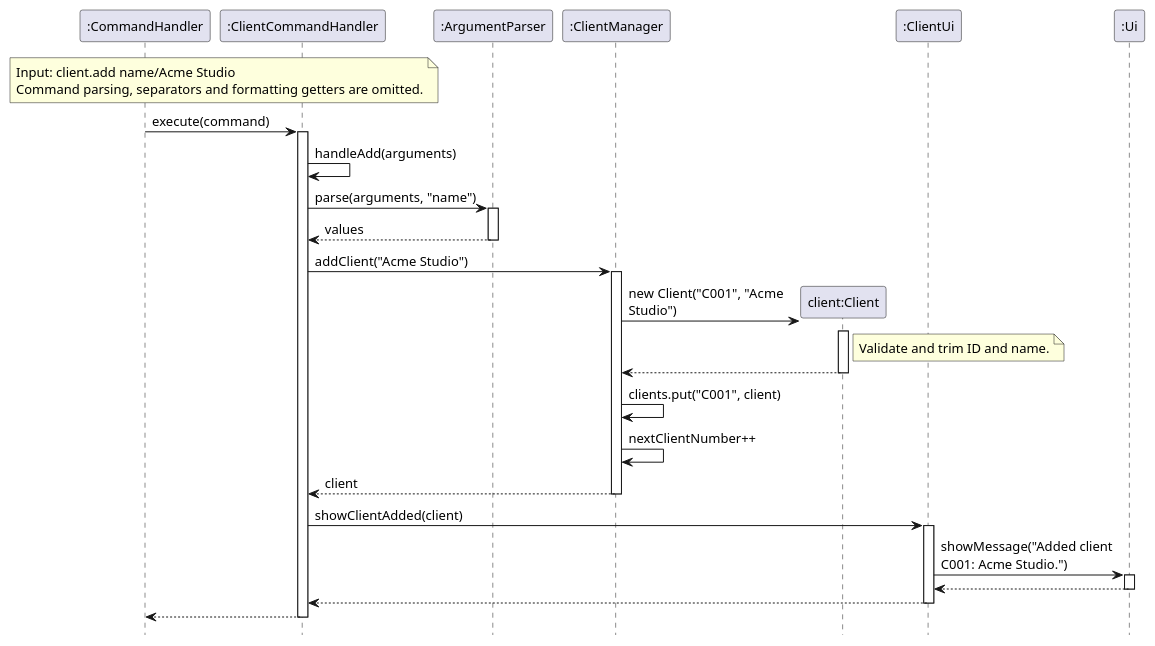
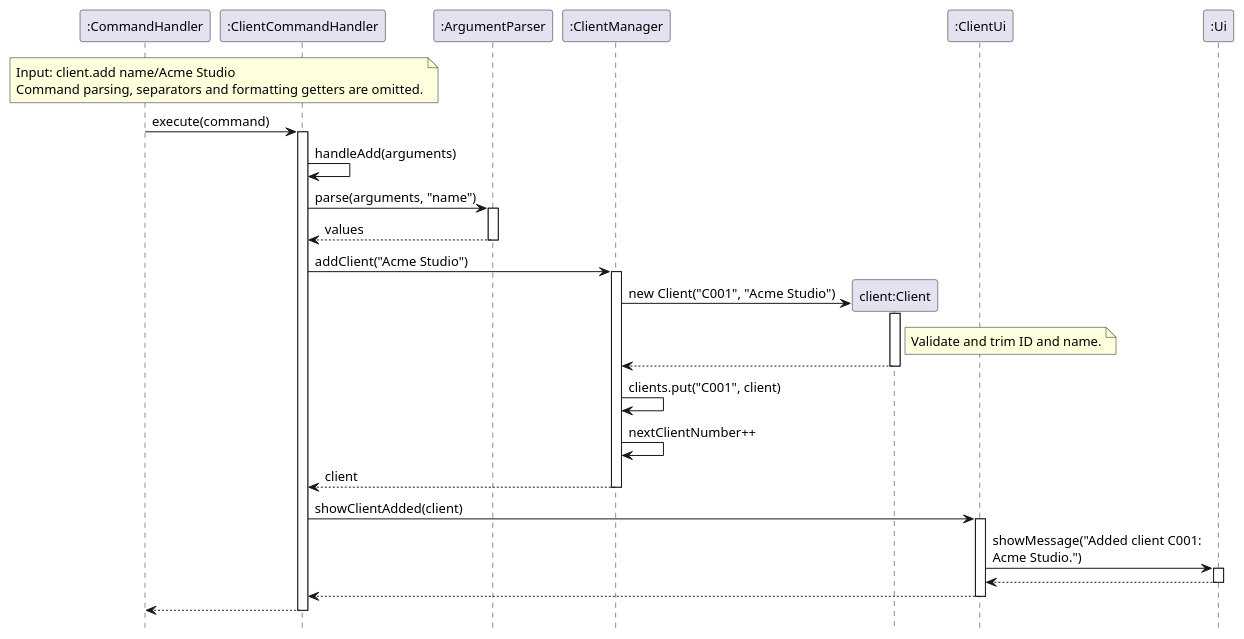
One commit to AY2627S1-CS2113-T10-3/tp changed the diagram in docs/diagrams/ClientAddSequenceDiagram.puml. Above: the diagram before and after it, drawn with PlantUML. The commit also changed 1 other file, not shown here.

Commit message:
Fix client creation arrow alignment in sequence diagram
Increase the message wrapping limit to keep the constructor label on one line so the creation arrow meets the client instance box. Regenerate the diagram image used by the Developer Guide.

```diff
--- a/docs/diagrams/ClientAddSequenceDiagram.puml
+++ b/docs/diagrams/ClientAddSequenceDiagram.puml
@@ -1,51 +1,52 @@
 @startuml
 ' Successful client.add after CommandParser has parsed the input.
 hide footbox
 skinparam defaultFontSize 13
-skinparam maxMessageSize 180
+' Keep the creation message on one line so its arrow meets the instance box.
+skinparam maxMessageSize 240
 
 participant ":CommandHandler" as CH
 participant ":ClientCommandHandler" as CCH
 participant ":ArgumentParser" as AP
 participant ":ClientManager" as CM
 participant "client:Client" as C
 participant ":ClientUi" as CUI
 participant ":Ui" as UI
 
 note over CH, CCH
   Input: client.add name/Acme Studio
   Command parsing, separators and formatting getters are omitted.
 end note
 
 CH -> CCH : execute(command)
 activate CCH
 CCH -> CCH : handleAdd(arguments)
 CCH -> AP : parse(arguments, "name")
 activate AP
 AP --> CCH : values
 deactivate AP
 
 CCH -> CM : addClient("Acme Studio")
 activate CM
 create C
 CM -> C : new Client("C001", "Acme Studio")
 activate C
 note right of C : Validate and trim ID and name.
 C --> CM
 deactivate C
 CM -> CM : clients.put("C001", client)
 CM -> CM : nextClientNumber++
 CM --> CCH : client
 deactivate CM
 
 CCH -> CUI : showClientAdded(client)
 activate CUI
 CUI -> UI : showMessage("Added client C001: Acme Studio.")
 activate UI
 UI --> CUI
 deactivate UI
 CUI --> CCH
 deactivate CUI
 CCH --> CH
 deactivate CCH
 @enduml
```
